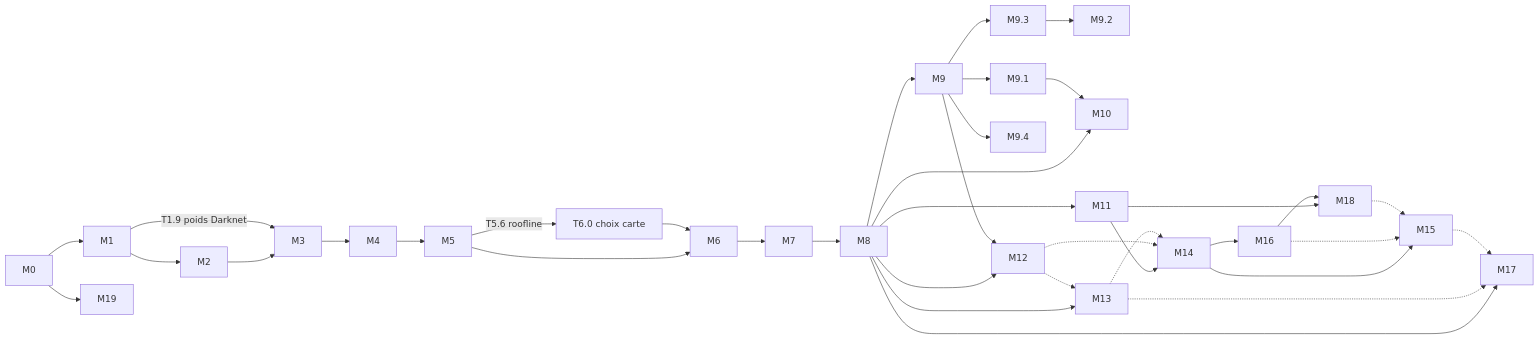
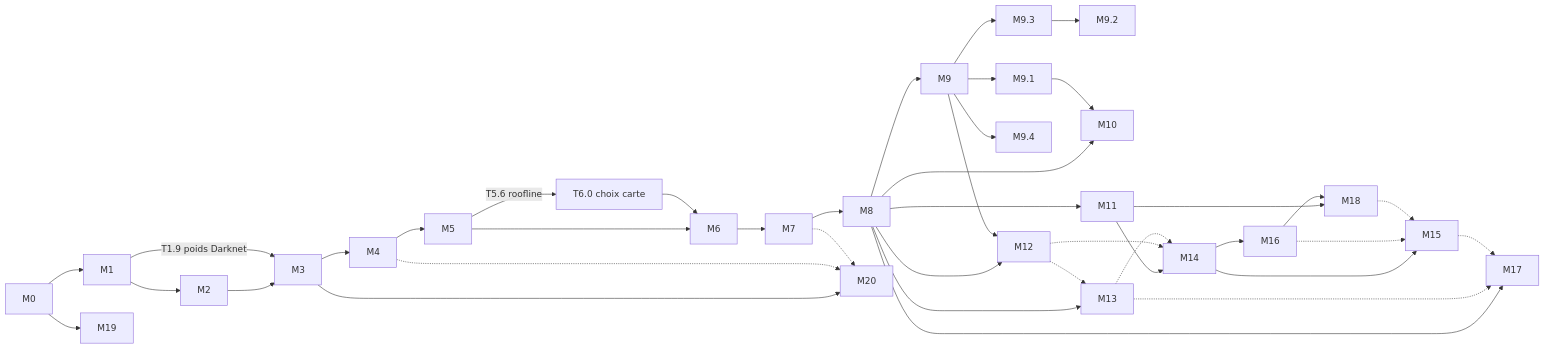
One commit to lrivals/EmbeddedComputervision changed the diagram in docs/tasks/README.md. Above: the diagram before and after it, drawn with Mermaid. The commit also changed other lines of this file and 11 other files, not shown here.

````diff
--- a/docs/tasks/README.md
+++ b/docs/tasks/README.md
@@ -40,30 +41,33 @@
 ```mermaid
 graph LR
   M0 --> M1 --> M2 --> M3
   M1 -- "T1.9 poids Darknet" --> M3
   M3 --> M4 --> M5 --> M6 --> M7 --> M8
   M5 -- "T5.6 roofline" --> T60["T6.0 choix carte"] --> M6
   M8 --> M9
   M9 --> M91[M9.1] & M93[M9.3] & M94[M9.4]
   M93 --> M92[M9.2]
   M8 --> M10[M10]
   M91 --> M10
   M8 --> M11[M11]
   M8 --> M12[M12]
   M9 --> M12
   M8 --> M13[M13]
   M12 -.-> M13
   M11 --> M14[M14]
   M12 -.-> M14
   M13 -.-> M14
   M14 --> M15[M15]
   M14 --> M16[M16]
   M16 -.-> M15
   M8 --> M17[M17]
   M13 -.-> M17
   M15 -.-> M17
   M11 --> M18[M18]
   M16 --> M18
   M18 -.-> M15
   M0 --> M19[M19]
+  M3 --> M20[M20]
+  M4 -.-> M20
+  M7 -.-> M20
 ```
````
